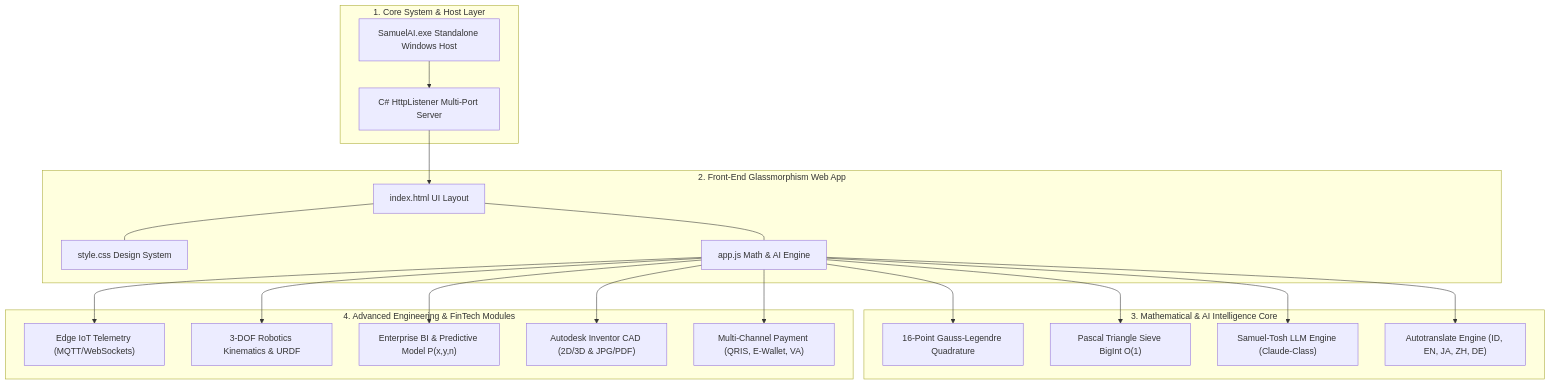
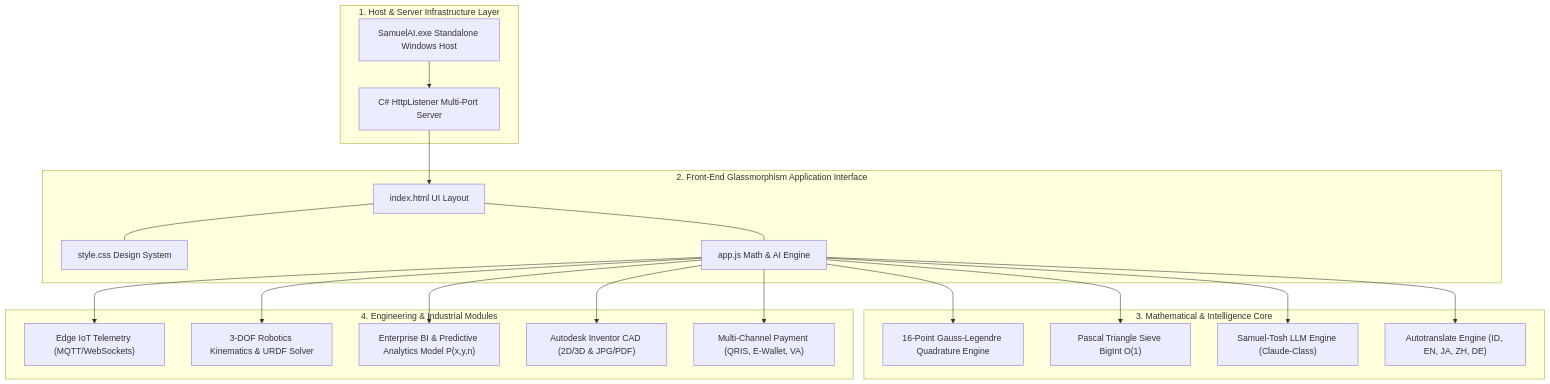
The second of 6 diagrams in README.md (SamuelPurba/Rumus-Perpangkatan-Universal-4.0), drawn with Mermaid before and after one commit. The commit also changed other lines of this file, not shown here.

Commit message:
docs(ieee): Format README.md strictly to IEEE Transactions Manuscript Specification with numbered equations, table titles, figure captions, and citations

````diff
--- a/README.md
+++ b/README.md
@@ -163,42 +143,42 @@
 ```mermaid
 graph TB
-    subgraph S1["1. Core System & Host Layer"]
+    subgraph S1["1. Host & Server Infrastructure Layer"]
         EXE["SamuelAI.exe Standalone Windows Host"]
         CSHARP["C# HttpListener Multi-Port Server"]
         EXE --> CSHARP
     end
 
-    subgraph S2["2. Front-End Glassmorphism Web App"]
+    subgraph S2["2. Front-End Glassmorphism Application Interface"]
         INDEX["index.html UI Layout"]
         CSS["style.css Design System"]
         JS["app.js Math & AI Engine"]
         INDEX --- CSS
         INDEX --- JS
     end
 
-    subgraph S3["3. Mathematical & AI Intelligence Core"]
-        GAUSS["16-Point Gauss-Legendre Quadrature"]
+    subgraph S3["3. Mathematical & Intelligence Core"]
+        GAUSS["16-Point Gauss-Legendre Quadrature Engine"]
         PASCAL["Pascal Triangle Sieve BigInt O(1)"]
         AI_ENGINE["Samuel-Tosh LLM Engine (Claude-Class)"]
         DICT["Autotranslate Engine (ID, EN, JA, ZH, DE)"]
     end
 
-    subgraph S4["4. Advanced Engineering & FinTech Modules"]
+    subgraph S4["4. Engineering & Industrial Modules"]
         IOT["Edge IoT Telemetry (MQTT/WebSockets)"]
-        ROBOT["3-DOF Robotics Kinematics & URDF"]
-        BI["Enterprise BI & Predictive Model P(x,y,n)"]
+        ROBOT["3-DOF Robotics Kinematics & URDF Solver"]
+        BI["Enterprise BI & Predictive Analytics Model P(x,y,n)"]
         CAD["Autodesk Inventor CAD (2D/3D & JPG/PDF)"]
         FINTECH["Multi-Channel Payment (QRIS, E-Wallet, VA)"]
     end
 
     CSHARP --> INDEX
     JS --> GAUSS
     JS --> PASCAL
     JS --> AI_ENGINE
     JS --> DICT
     JS --> IOT
     JS --> ROBOT
     JS --> BI
     JS --> CAD
     JS --> FINTECH
 ```
````
